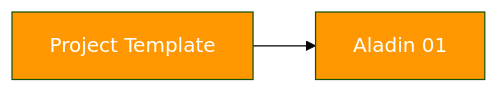
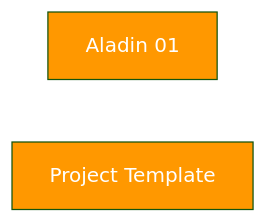
One commit to Katty-Fashion/kf-cpto changed the diagram in docs/dependency-graph.md. Above: the diagram before and after it, drawn with Mermaid (forest theme). The commit also changed other lines of this file and 5 other files, not shown here.

````diff
--- a/docs/dependency-graph.md
+++ b/docs/dependency-graph.md
@@ -10,10 +10,9 @@
 ```mermaid
 graph LR
     Aladin-01[Aladin 01]:::internal
     project-template[Project Template]:::internal
-    project-template --> Aladin-01
 
     classDef saas fill:#4CAF50,color:#fff
     classDef eu fill:#2196F3,color:#fff
     classDef internal fill:#FF9800,color:#fff
 ```
````
